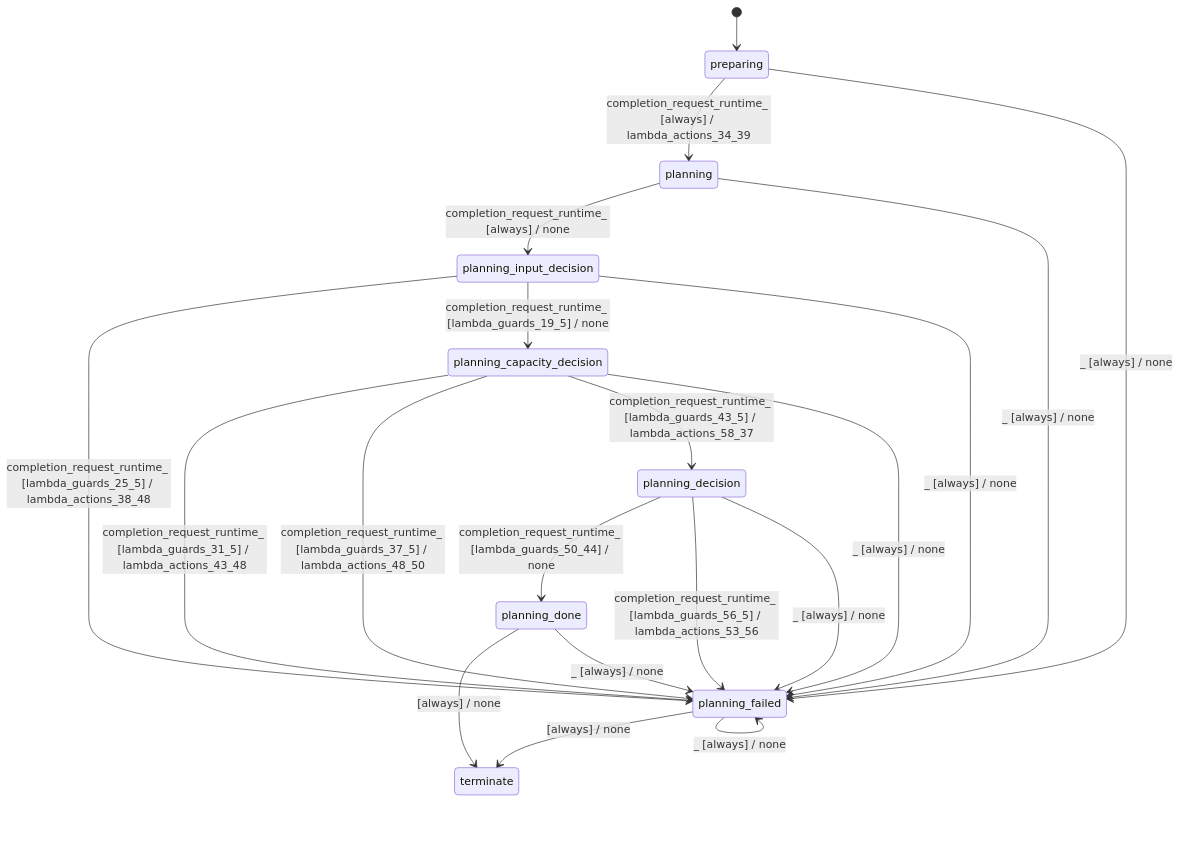
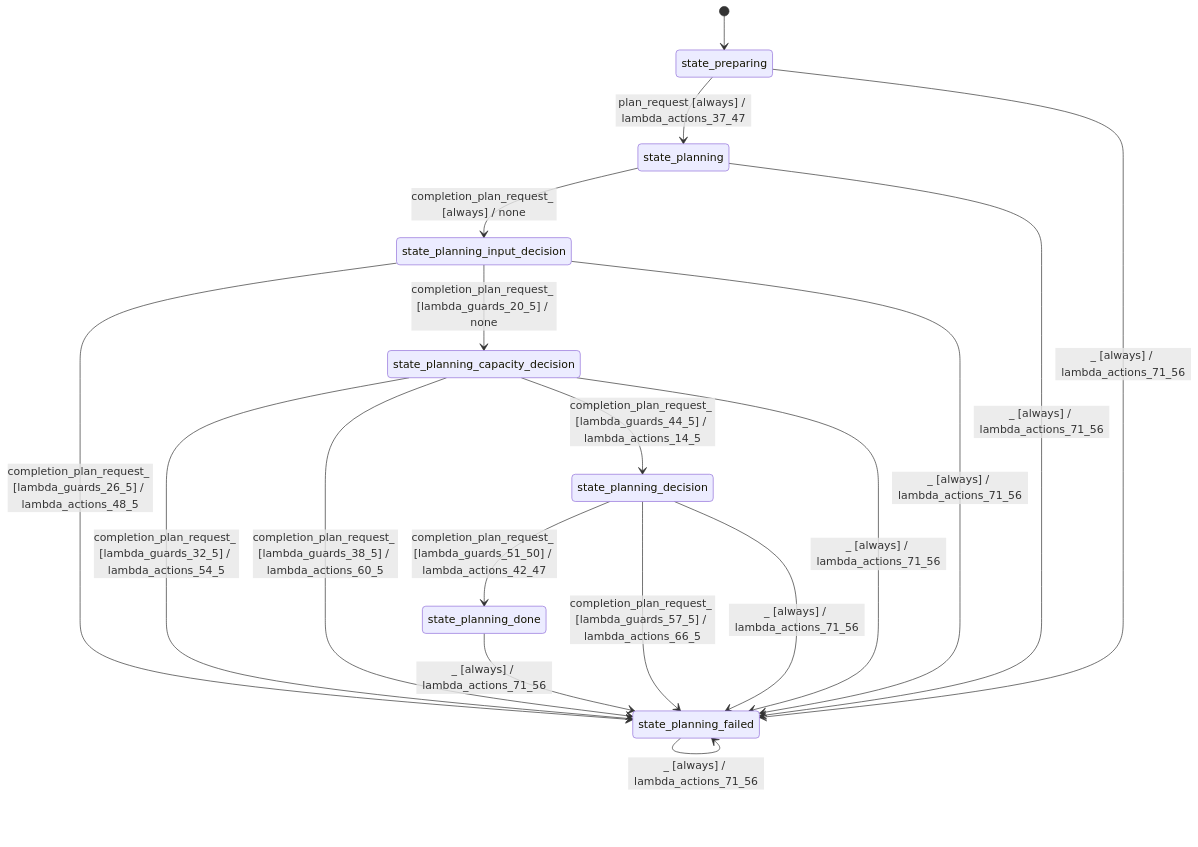
Before and after one commit to stateforward/emel.cpp: the diagram in docs/architecture/batch_planner_modes_simple.md, drawn with Mermaid. The commit also changed other lines of this file and 109 other files, not shown here.

````diff
--- a/docs/architecture/batch_planner_modes_simple.md
+++ b/docs/architecture/batch_planner_modes_simple.md
@@ -7,23 +7,21 @@
 ```mermaid
 stateDiagram-v2
   direction TB
-  [*] --> preparing
-  preparing --> planning : completion_request_runtime_ [always] / lambda_actions_34_39
-  planning --> planning_input_decision : completion_request_runtime_ [always] / none
-  planning_input_decision --> planning_failed : completion_request_runtime_ [lambda_guards_25_5] / lambda_actions_38_48
-  planning_input_decision --> planning_capacity_decision : completion_request_runtime_ [lambda_guards_19_5] / none
-  planning_capacity_decision --> planning_failed : completion_request_runtime_ [lambda_guards_31_5] / lambda_actions_43_48
-  planning_capacity_decision --> planning_failed : completion_request_runtime_ [lambda_guards_37_5] / lambda_actions_48_50
-  planning_capacity_decision --> planning_decision : completion_request_runtime_ [lambda_guards_43_5] / lambda_actions_58_37
-  planning_decision --> planning_done : completion_request_runtime_ [lambda_guards_50_44] / none
-  planning_decision --> planning_failed : completion_request_runtime_ [lambda_guards_56_5] / lambda_actions_53_56
-  planning_done --> terminate : [always] / none
-  planning_failed --> terminate : [always] / none
-  planning_done --> planning_failed : _ [always] / none
-  planning_failed --> planning_failed : _ [always] / none
-  preparing --> planning_failed : _ [always] / none
-  planning --> planning_failed : _ [always] / none
-  planning_input_decision --> planning_failed : _ [always] / none
-  planning_capacity_decision --> planning_failed : _ [always] / none
-  planning_decision --> planning_failed : _ [always] / none
+  [*] --> state_preparing
+  state_preparing --> state_planning : plan_request [always] / lambda_actions_37_47
+  state_planning --> state_planning_input_decision : completion_plan_request_ [always] / none
+  state_planning_input_decision --> state_planning_failed : completion_plan_request_ [lambda_guards_26_5] / lambda_actions_48_5
+  state_planning_input_decision --> state_planning_capacity_decision : completion_plan_request_ [lambda_guards_20_5] / none
+  state_planning_capacity_decision --> state_planning_failed : completion_plan_request_ [lambda_guards_32_5] / lambda_actions_54_5
+  state_planning_capacity_decision --> state_planning_failed : completion_plan_request_ [lambda_guards_38_5] / lambda_actions_60_5
+  state_planning_capacity_decision --> state_planning_decision : completion_plan_request_ [lambda_guards_44_5] / lambda_actions_14_5
+  state_planning_decision --> state_planning_done : completion_plan_request_ [lambda_guards_51_50] / lambda_actions_42_47
+  state_planning_decision --> state_planning_failed : completion_plan_request_ [lambda_guards_57_5] / lambda_actions_66_5
+  state_planning_done --> state_planning_failed : _ [always] / lambda_actions_71_56
+  state_planning_failed --> state_planning_failed : _ [always] / lambda_actions_71_56
+  state_preparing --> state_planning_failed : _ [always] / lambda_actions_71_56
+  state_planning --> state_planning_failed : _ [always] / lambda_actions_71_56
+  state_planning_input_decision --> state_planning_failed : _ [always] / lambda_actions_71_56
+  state_planning_capacity_decision --> state_planning_failed : _ [always] / lambda_actions_71_56
+  state_planning_decision --> state_planning_failed : _ [always] / lambda_actions_71_56
 ```
````
